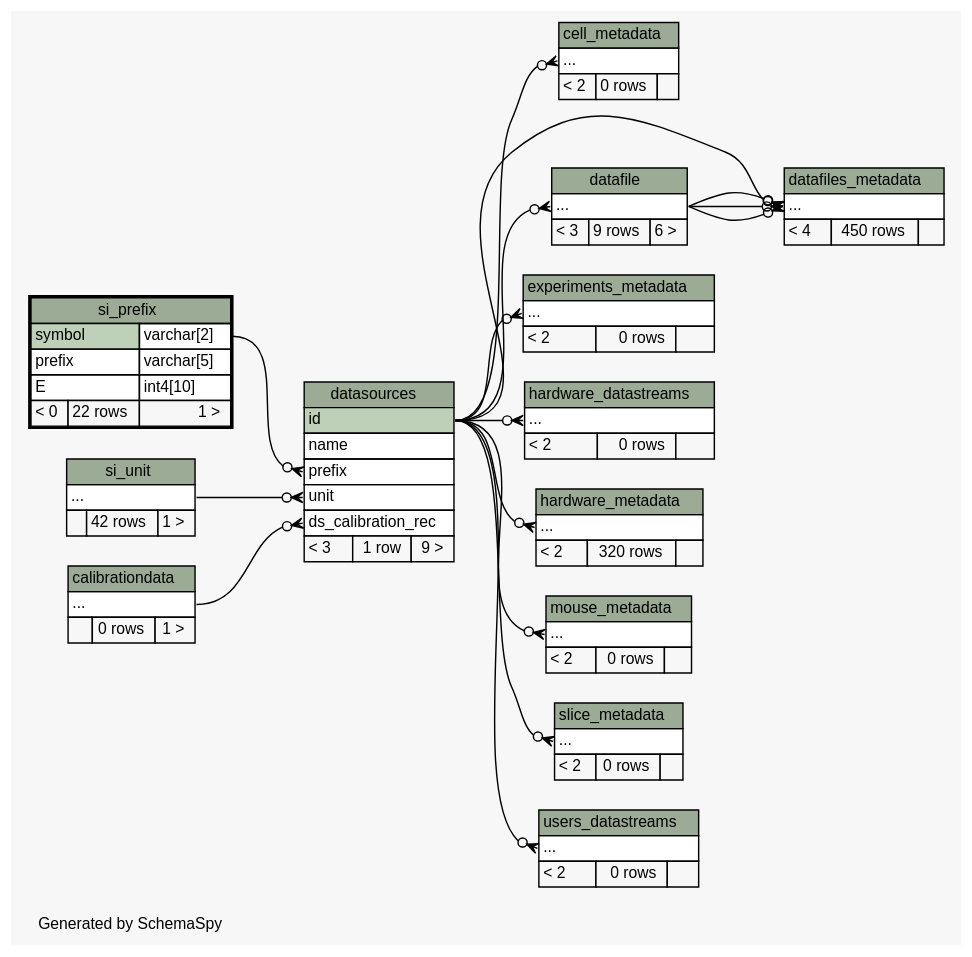
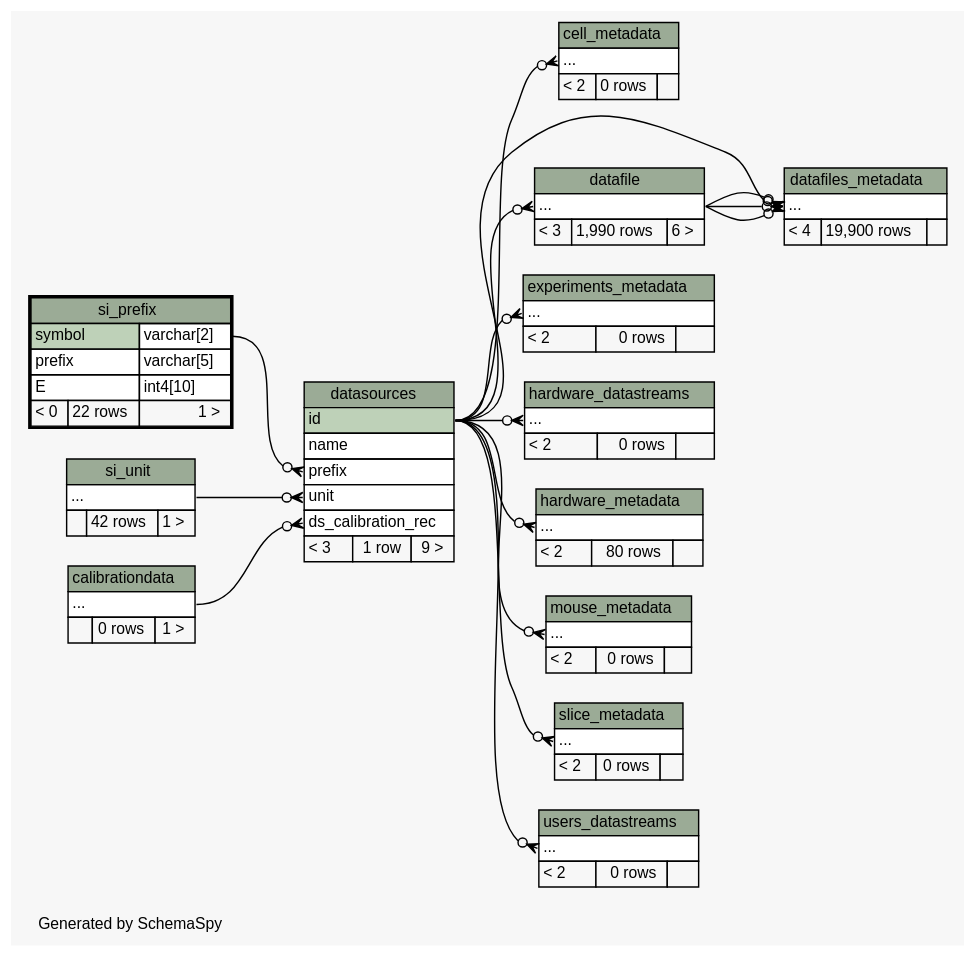
One commit to tgbugs/mlab changed the diagram in database/ss/diagrams/si_prefix.2degrees.dot. Above: the diagram before and after it, drawn with Graphviz. The commit also changed 221 other files, not shown here.

```diff
--- a/database/ss/diagrams/si_prefix.2degrees.dot
+++ b/database/ss/diagrams/si_prefix.2degrees.dot
@@ -1,173 +1,173 @@
 // dot 2.34.0 on Windows 7 6.1
 // SchemaSpy rev 590
 digraph "twoDegreesRelationshipsDiagram" {
   graph [
     rankdir="RL"
     bgcolor="#f7f7f7"
     label="\nGenerated by SchemaSpy"
     labeljust="l"
     nodesep="0.18"
     ranksep="0.46"
     fontname="Helvetica"
     fontsize="11"
   ];
   node [
     fontname="Helvetica"
     fontsize="11"
     shape="plaintext"
   ];
   edge [
     arrowsize="0.8"
   ];
   "cell_metadata":"elipses":w -> "datasources":"id":e [arrowhead=none dir=back arrowtail=crowodot];
   "datafile":"elipses":w -> "datasources":"id":e [arrowhead=none dir=back arrowtail=crowodot];
   "datafiles_metadata":"elipses":w -> "datasources":"id":e [arrowhead=none dir=back arrowtail=crowodot];
   "datafiles_metadata":"elipses":w -> "datafile":"elipses":e [arrowhead=none dir=back arrowtail=crowodot];
   "datafiles_metadata":"elipses":w -> "datafile":"elipses":e [arrowhead=none dir=back arrowtail=crowodot];
   "datafiles_metadata":"elipses":w -> "datafile":"elipses":e [arrowhead=none dir=back arrowtail=crowodot];
   "datasources":"ds_calibration_rec":w -> "calibrationdata":"elipses":e [arrowhead=none dir=back arrowtail=crowodot];
   "datasources":"prefix":w -> "si_prefix":"symbol.type":e [arrowhead=none dir=back arrowtail=crowodot];
   "datasources":"unit":w -> "si_unit":"elipses":e [arrowhead=none dir=back arrowtail=crowodot];
   "experiments_metadata":"elipses":w -> "datasources":"id":e [arrowhead=none dir=back arrowtail=crowodot];
   "hardware_datastreams":"elipses":w -> "datasources":"id":e [arrowhead=none dir=back arrowtail=crowodot];
   "hardware_metadata":"elipses":w -> "datasources":"id":e [arrowhead=none dir=back arrowtail=crowodot];
   "mouse_metadata":"elipses":w -> "datasources":"id":e [arrowhead=none dir=back arrowtail=crowodot];
   "slice_metadata":"elipses":w -> "datasources":"id":e [arrowhead=none dir=back arrowtail=crowodot];
   "users_datastreams":"elipses":w -> "datasources":"id":e [arrowhead=none dir=back arrowtail=crowodot];
   "calibrationdata" [
     label=<
     <TABLE BORDER="0" CELLBORDER="1" CELLSPACING="0" BGCOLOR="#ffffff">
       <TR><TD COLSPAN="3" BGCOLOR="#9bab96" ALIGN="CENTER">calibrationdata</TD></TR>
       <TR><TD PORT="elipses" COLSPAN="3" ALIGN="LEFT">...</TD></TR>
       <TR><TD ALIGN="LEFT" BGCOLOR="#f7f7f7">  </TD><TD ALIGN="RIGHT" BGCOLOR="#f7f7f7">0 rows</TD><TD ALIGN="RIGHT" BGCOLOR="#f7f7f7">1 &gt;</TD></TR>
     </TABLE>>
     URL="calibrationdata.html"
     tooltip="calibrationdata"
   ];
   "cell_metadata" [
     label=<
     <TABLE BORDER="0" CELLBORDER="1" CELLSPACING="0" BGCOLOR="#ffffff">
       <TR><TD COLSPAN="3" BGCOLOR="#9bab96" ALIGN="CENTER">cell_metadata</TD></TR>
       <TR><TD PORT="elipses" COLSPAN="3" ALIGN="LEFT">...</TD></TR>
       <TR><TD ALIGN="LEFT" BGCOLOR="#f7f7f7">&lt; 2</TD><TD ALIGN="RIGHT" BGCOLOR="#f7f7f7">0 rows</TD><TD ALIGN="RIGHT" BGCOLOR="#f7f7f7">  </TD></TR>
     </TABLE>>
     URL="cell_metadata.html"
     tooltip="cell_metadata"
   ];
   "datafile" [
     label=<
     <TABLE BORDER="0" CELLBORDER="1" CELLSPACING="0" BGCOLOR="#ffffff">
       <TR><TD COLSPAN="3" BGCOLOR="#9bab96" ALIGN="CENTER">datafile</TD></TR>
       <TR><TD PORT="elipses" COLSPAN="3" ALIGN="LEFT">...</TD></TR>
-      <TR><TD ALIGN="LEFT" BGCOLOR="#f7f7f7">&lt; 3</TD><TD ALIGN="RIGHT" BGCOLOR="#f7f7f7">9 rows</TD><TD ALIGN="RIGHT" BGCOLOR="#f7f7f7">6 &gt;</TD></TR>
+      <TR><TD ALIGN="LEFT" BGCOLOR="#f7f7f7">&lt; 3</TD><TD ALIGN="RIGHT" BGCOLOR="#f7f7f7">1,990 rows</TD><TD ALIGN="RIGHT" BGCOLOR="#f7f7f7">6 &gt;</TD></TR>
     </TABLE>>
     URL="datafile.html"
     tooltip="datafile"
   ];
   "datafiles_metadata" [
     label=<
     <TABLE BORDER="0" CELLBORDER="1" CELLSPACING="0" BGCOLOR="#ffffff">
       <TR><TD COLSPAN="3" BGCOLOR="#9bab96" ALIGN="CENTER">datafiles_metadata</TD></TR>
       <TR><TD PORT="elipses" COLSPAN="3" ALIGN="LEFT">...</TD></TR>
-      <TR><TD ALIGN="LEFT" BGCOLOR="#f7f7f7">&lt; 4</TD><TD ALIGN="RIGHT" BGCOLOR="#f7f7f7">450 rows</TD><TD ALIGN="RIGHT" BGCOLOR="#f7f7f7">  </TD></TR>
+      <TR><TD ALIGN="LEFT" BGCOLOR="#f7f7f7">&lt; 4</TD><TD ALIGN="RIGHT" BGCOLOR="#f7f7f7">19,900 rows</TD><TD ALIGN="RIGHT" BGCOLOR="#f7f7f7">  </TD></TR>
     </TABLE>>
     URL="datafiles_metadata.html"
     tooltip="datafiles_metadata"
   ];
   "datasources" [
     label=<
     <TABLE BORDER="0" CELLBORDER="1" CELLSPACING="0" BGCOLOR="#ffffff">
       <TR><TD COLSPAN="3" BGCOLOR="#9bab96" ALIGN="CENTER">datasources</TD></TR>
       <TR><TD PORT="id" COLSPAN="3" BGCOLOR="#bed1b8" ALIGN="LEFT">id</TD></TR>
       <TR><TD PORT="name" COLSPAN="3" ALIGN="LEFT">name</TD></TR>
       <TR><TD PORT="prefix" COLSPAN="3" ALIGN="LEFT">prefix</TD></TR>
       <TR><TD PORT="unit" COLSPAN="3" ALIGN="LEFT">unit</TD></TR>
       <TR><TD PORT="ds_calibration_rec" COLSPAN="3" ALIGN="LEFT">ds_calibration_rec</TD></TR>
       <TR><TD ALIGN="LEFT" BGCOLOR="#f7f7f7">&lt; 3</TD><TD ALIGN="RIGHT" BGCOLOR="#f7f7f7">1 row</TD><TD ALIGN="RIGHT" BGCOLOR="#f7f7f7">9 &gt;</TD></TR>
     </TABLE>>
     URL="datasources.html"
     tooltip="datasources"
   ];
   "experiments_metadata" [
     label=<
     <TABLE BORDER="0" CELLBORDER="1" CELLSPACING="0" BGCOLOR="#ffffff">
       <TR><TD COLSPAN="3" BGCOLOR="#9bab96" ALIGN="CENTER">experiments_metadata</TD></TR>
       <TR><TD PORT="elipses" COLSPAN="3" ALIGN="LEFT">...</TD></TR>
       <TR><TD ALIGN="LEFT" BGCOLOR="#f7f7f7">&lt; 2</TD><TD ALIGN="RIGHT" BGCOLOR="#f7f7f7">0 rows</TD><TD ALIGN="RIGHT" BGCOLOR="#f7f7f7">  </TD></TR>
     </TABLE>>
     URL="experiments_metadata.html"
     tooltip="experiments_metadata"
   ];
   "hardware_datastreams" [
     label=<
     <TABLE BORDER="0" CELLBORDER="1" CELLSPACING="0" BGCOLOR="#ffffff">
       <TR><TD COLSPAN="3" BGCOLOR="#9bab96" ALIGN="CENTER">hardware_datastreams</TD></TR>
       <TR><TD PORT="elipses" COLSPAN="3" ALIGN="LEFT">...</TD></TR>
       <TR><TD ALIGN="LEFT" BGCOLOR="#f7f7f7">&lt; 2</TD><TD ALIGN="RIGHT" BGCOLOR="#f7f7f7">0 rows</TD><TD ALIGN="RIGHT" BGCOLOR="#f7f7f7">  </TD></TR>
     </TABLE>>
     URL="hardware_datastreams.html"
     tooltip="hardware_datastreams"
   ];
   "hardware_metadata" [
     label=<
     <TABLE BORDER="0" CELLBORDER="1" CELLSPACING="0" BGCOLOR="#ffffff">
       <TR><TD COLSPAN="3" BGCOLOR="#9bab96" ALIGN="CENTER">hardware_metadata</TD></TR>
       <TR><TD PORT="elipses" COLSPAN="3" ALIGN="LEFT">...</TD></TR>
-      <TR><TD ALIGN="LEFT" BGCOLOR="#f7f7f7">&lt; 2</TD><TD ALIGN="RIGHT" BGCOLOR="#f7f7f7">320 rows</TD><TD ALIGN="RIGHT" BGCOLOR="#f7f7f7">  </TD></TR>
+      <TR><TD ALIGN="LEFT" BGCOLOR="#f7f7f7">&lt; 2</TD><TD ALIGN="RIGHT" BGCOLOR="#f7f7f7">80 rows</TD><TD ALIGN="RIGHT" BGCOLOR="#f7f7f7">  </TD></TR>
     </TABLE>>
     URL="hardware_metadata.html"
     tooltip="hardware_metadata"
   ];
   "mouse_metadata" [
     label=<
     <TABLE BORDER="0" CELLBORDER="1" CELLSPACING="0" BGCOLOR="#ffffff">
       <TR><TD COLSPAN="3" BGCOLOR="#9bab96" ALIGN="CENTER">mouse_metadata</TD></TR>
       <TR><TD PORT="elipses" COLSPAN="3" ALIGN="LEFT">...</TD></TR>
       <TR><TD ALIGN="LEFT" BGCOLOR="#f7f7f7">&lt; 2</TD><TD ALIGN="RIGHT" BGCOLOR="#f7f7f7">0 rows</TD><TD ALIGN="RIGHT" BGCOLOR="#f7f7f7">  </TD></TR>
     </TABLE>>
     URL="mouse_metadata.html"
     tooltip="mouse_metadata"
   ];
   "si_prefix" [
     label=<
     <TABLE BORDER="2" CELLBORDER="1" CELLSPACING="0" BGCOLOR="#ffffff">
       <TR><TD COLSPAN="3" BGCOLOR="#9bab96" ALIGN="CENTER">si_prefix</TD></TR>
       <TR><TD PORT="symbol" COLSPAN="2" BGCOLOR="#bed1b8" ALIGN="LEFT">symbol</TD><TD PORT="symbol.type" ALIGN="LEFT">varchar[2]</TD></TR>
       <TR><TD PORT="prefix" COLSPAN="2" ALIGN="LEFT">prefix</TD><TD PORT="prefix.type" ALIGN="LEFT">varchar[5]</TD></TR>
       <TR><TD PORT="E" COLSPAN="2" ALIGN="LEFT">E</TD><TD PORT="E.type" ALIGN="LEFT">int4[10]</TD></TR>
       <TR><TD ALIGN="LEFT" BGCOLOR="#f7f7f7">&lt; 0</TD><TD ALIGN="RIGHT" BGCOLOR="#f7f7f7">22 rows</TD><TD ALIGN="RIGHT" BGCOLOR="#f7f7f7">1 &gt;</TD></TR>
     </TABLE>>
     URL="si_prefix.html"
     tooltip="si_prefix"
   ];
   "si_unit" [
     label=<
     <TABLE BORDER="0" CELLBORDER="1" CELLSPACING="0" BGCOLOR="#ffffff">
       <TR><TD COLSPAN="3" BGCOLOR="#9bab96" ALIGN="CENTER">si_unit</TD></TR>
       <TR><TD PORT="elipses" COLSPAN="3" ALIGN="LEFT">...</TD></TR>
       <TR><TD ALIGN="LEFT" BGCOLOR="#f7f7f7">  </TD><TD ALIGN="RIGHT" BGCOLOR="#f7f7f7">42 rows</TD><TD ALIGN="RIGHT" BGCOLOR="#f7f7f7">1 &gt;</TD></TR>
     </TABLE>>
     URL="si_unit.html"
     tooltip="si_unit"
   ];
   "slice_metadata" [
     label=<
     <TABLE BORDER="0" CELLBORDER="1" CELLSPACING="0" BGCOLOR="#ffffff">
       <TR><TD COLSPAN="3" BGCOLOR="#9bab96" ALIGN="CENTER">slice_metadata</TD></TR>
       <TR><TD PORT="elipses" COLSPAN="3" ALIGN="LEFT">...</TD></TR>
       <TR><TD ALIGN="LEFT" BGCOLOR="#f7f7f7">&lt; 2</TD><TD ALIGN="RIGHT" BGCOLOR="#f7f7f7">0 rows</TD><TD ALIGN="RIGHT" BGCOLOR="#f7f7f7">  </TD></TR>
     </TABLE>>
     URL="slice_metadata.html"
     tooltip="slice_metadata"
   ];
   "users_datastreams" [
     label=<
     <TABLE BORDER="0" CELLBORDER="1" CELLSPACING="0" BGCOLOR="#ffffff">
       <TR><TD COLSPAN="3" BGCOLOR="#9bab96" ALIGN="CENTER">users_datastreams</TD></TR>
       <TR><TD PORT="elipses" COLSPAN="3" ALIGN="LEFT">...</TD></TR>
       <TR><TD ALIGN="LEFT" BGCOLOR="#f7f7f7">&lt; 2</TD><TD ALIGN="RIGHT" BGCOLOR="#f7f7f7">0 rows</TD><TD ALIGN="RIGHT" BGCOLOR="#f7f7f7">  </TD></TR>
     </TABLE>>
     URL="users_datastreams.html"
     tooltip="users_datastreams"
   ];
 }
```
